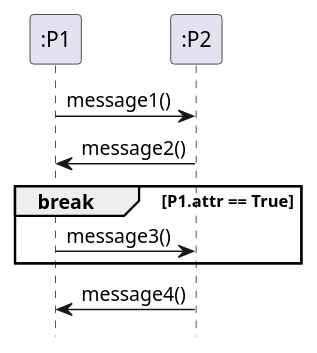
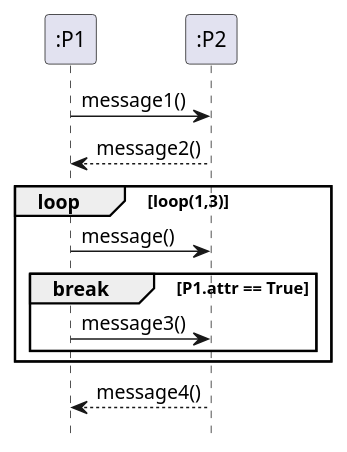
Before and after one commit to gigl-uml/Guide_uml_polymtl: the diagram in plant_uml/breakOperatorExample.plantuml, drawn with PlantUML. The commit also changed 20 other files, not shown here.

Commit message:
modified plantUML diagrams

```diff
--- a/plant_uml/breakOperatorExample.plantuml
+++ b/plant_uml/breakOperatorExample.plantuml
@@ -1,17 +1,23 @@
 @startuml
 hide footbox
 skinparam backgroundcolor transparent
 
 participant ":P1" as P1
 participant ":P2" as P2
 
 P1 -> P2 : message1()
-P1 <- P2 : message2()
+P2 --> P1 : message2()
 
+loop loop(1,3)
 
-break P1.attr == True
-  P1 -> P2 : message3()
-end break
+  P1 -> P2 : message()
 
-P1 <-P2 : message4()
+  break P1.attr == True
+    P1 -> P2 : message3()
+  end
+
+end
+
+P2 --> P1 : message4()
+
 @enduml
```
